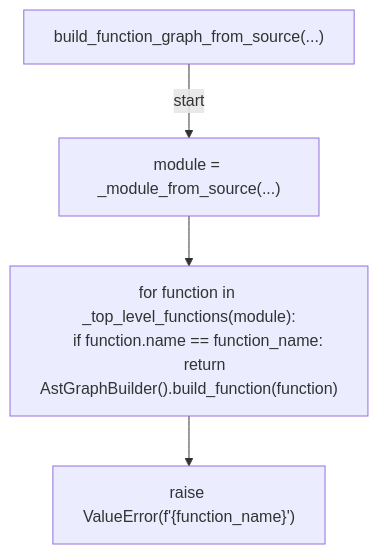
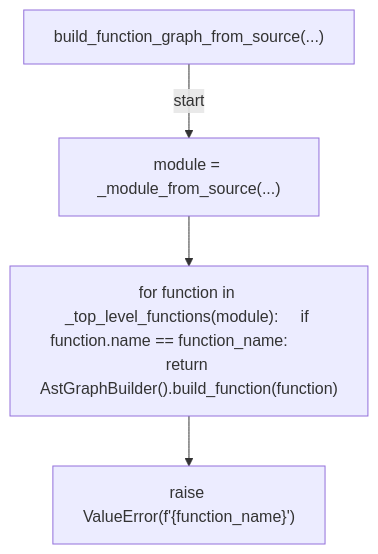
One commit to tvna/claude-md changed the ninth of 20 diagrams in docs/generated/scripts/ast/script_ast_graph.md. Above: the diagram before and after it, drawn with Mermaid. The commit also changed other lines of this file and 23 other files, not shown here.

First line of the commit message:
docs(generated): regenerate decision tree and workflow diagrams (batch 4/5)

````diff
--- a/docs/generated/scripts/ast/script_ast_graph.md
+++ b/docs/generated/scripts/ast/script_ast_graph.md
@@ -162,12 +157,10 @@
 ```mermaid
 flowchart TD
     N001["build_function_graph_from_source(...)"]
     N002["module = _module_from_source(...)"]
-    N003["for function in _top_level_functions(module):
-    if function.name == function_name:
-        return AstGraphBuilder().build_function(function)"]
+    N003["for function in _top_level_functions(module):     if function.name == function_name:         return AstGraphBuilder().build_function(function)"]
     N004["raise ValueError(f'<str>{function_name}')"]
     N001 -->|"start"| N002
     N002 --> N003
     N003 --> N004
 ```
````
